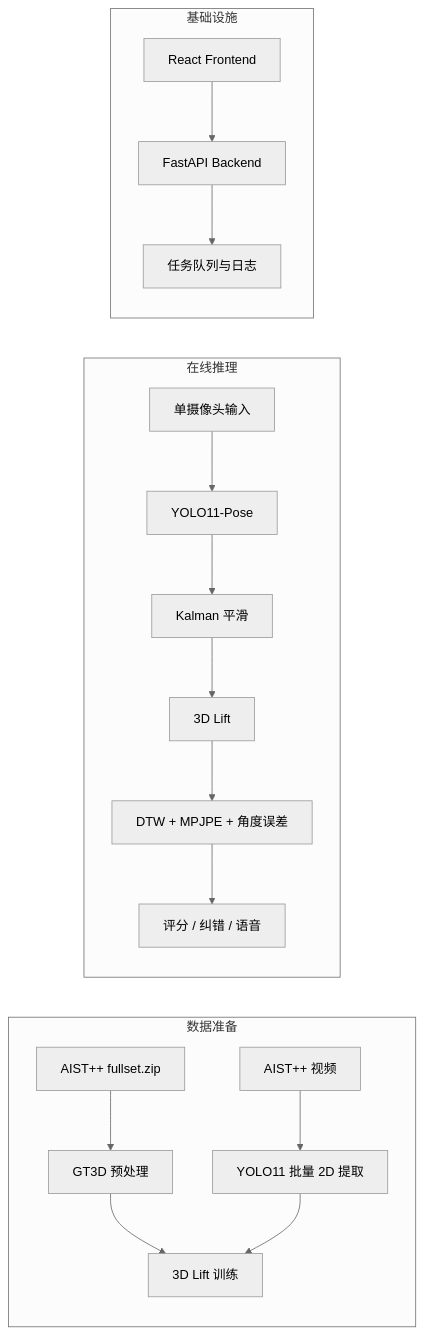
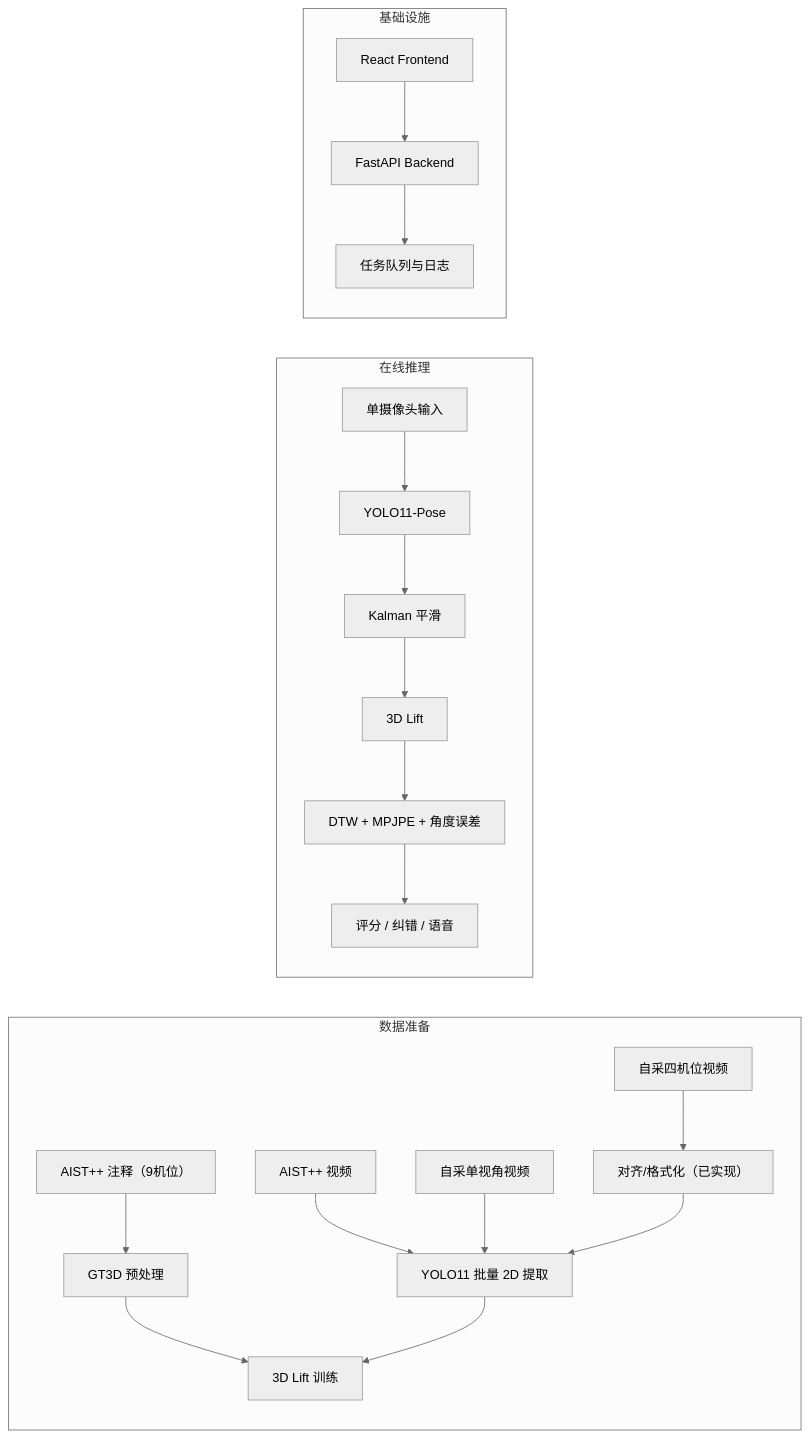
The diagram in README.md (Fldicoahkiin/PoseMentor), drawn with Mermaid (neutral theme) before and after one commit. The commit also changed other lines of this file and 2 other files, not shown here.

Commit message:
docs: 完善训练流程与数据规格对比文档

````diff
--- a/README.md
+++ b/README.md
@@ -16,22 +16,25 @@
 ```mermaid
 flowchart LR
     subgraph Data["数据准备"]
-        A["AIST++ fullset.zip"] --> B["GT3D 预处理"]
+        A["AIST++ 注释（9机位）"] --> B["GT3D 预处理"]
         C["AIST++ 视频"] --> D["YOLO11 批量 2D 提取"]
+        X["自采单视角视频"] --> D
+        Y["自采四机位视频"] --> Z["对齐/格式化（已实现）"]
+        Z --> D
         B --> E["3D Lift 训练"]
         D --> E
     end
 
     subgraph Online["在线推理"]
         F["单摄像头输入"] --> G["YOLO11-Pose"]
         G --> H["Kalman 平滑"]
         H --> I["3D Lift"]
         I --> J["DTW + MPJPE + 角度误差"]
         J --> K["评分 / 纠错 / 语音"]
     end
 
     subgraph Infra["基础设施"]
         L["FastAPI Backend"] --> M["任务队列与日志"]
         N["React Frontend"] --> L
     end
 ```
````
